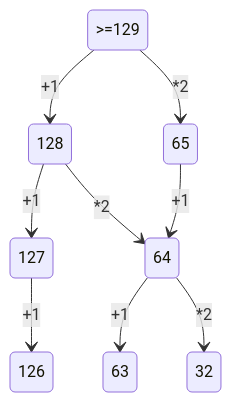
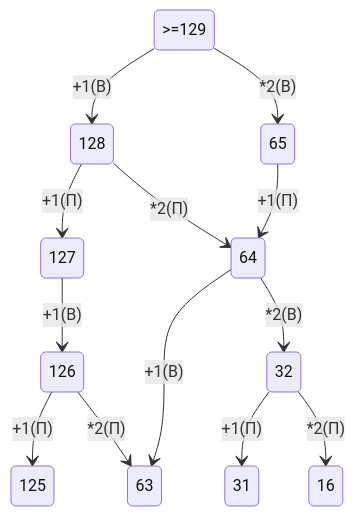
One commit to Galua122/works changed the second of 2 diagrams in README.md. Above: the diagram before and after it, drawn with Mermaid.

````diff
--- a/README.md
+++ b/README.md
@@ -122,12 +122,16 @@
 ```mermaid
 stateDiagram-v2
 
-    >=129 --> 128:+1
-    >=129 --> 65:*2
-    65 --> 64:+1
-    128 --> 127:+1
-    128 --> 64:*2
-    127 --> 126:+1
-    64 --> 63:+1
-    64 --> 32:*2
+    >=129 --> 128:+1(В)
+    >=129 --> 65:*2(В)
+    65 --> 64:+1(П)
+    128 --> 127:+1(П)
+    128 --> 64:*2(П)
+    127 --> 126:+1(В)
+    64 --> 63:+1(В)
+    64 --> 32:*2(В)
+    126 --> 125:+1(П)
+    126 --> 63:*2(П)
+    32 --> 31:+1(П)
+    32 --> 16:*2(П)
 ```
````
